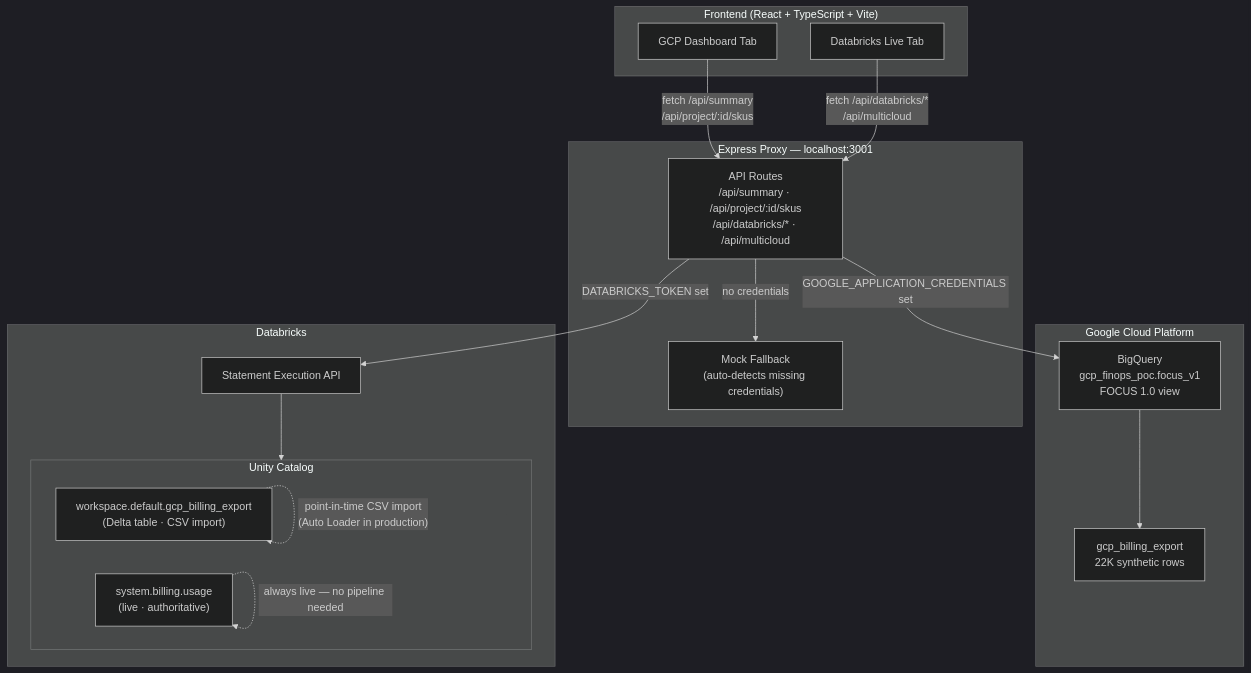
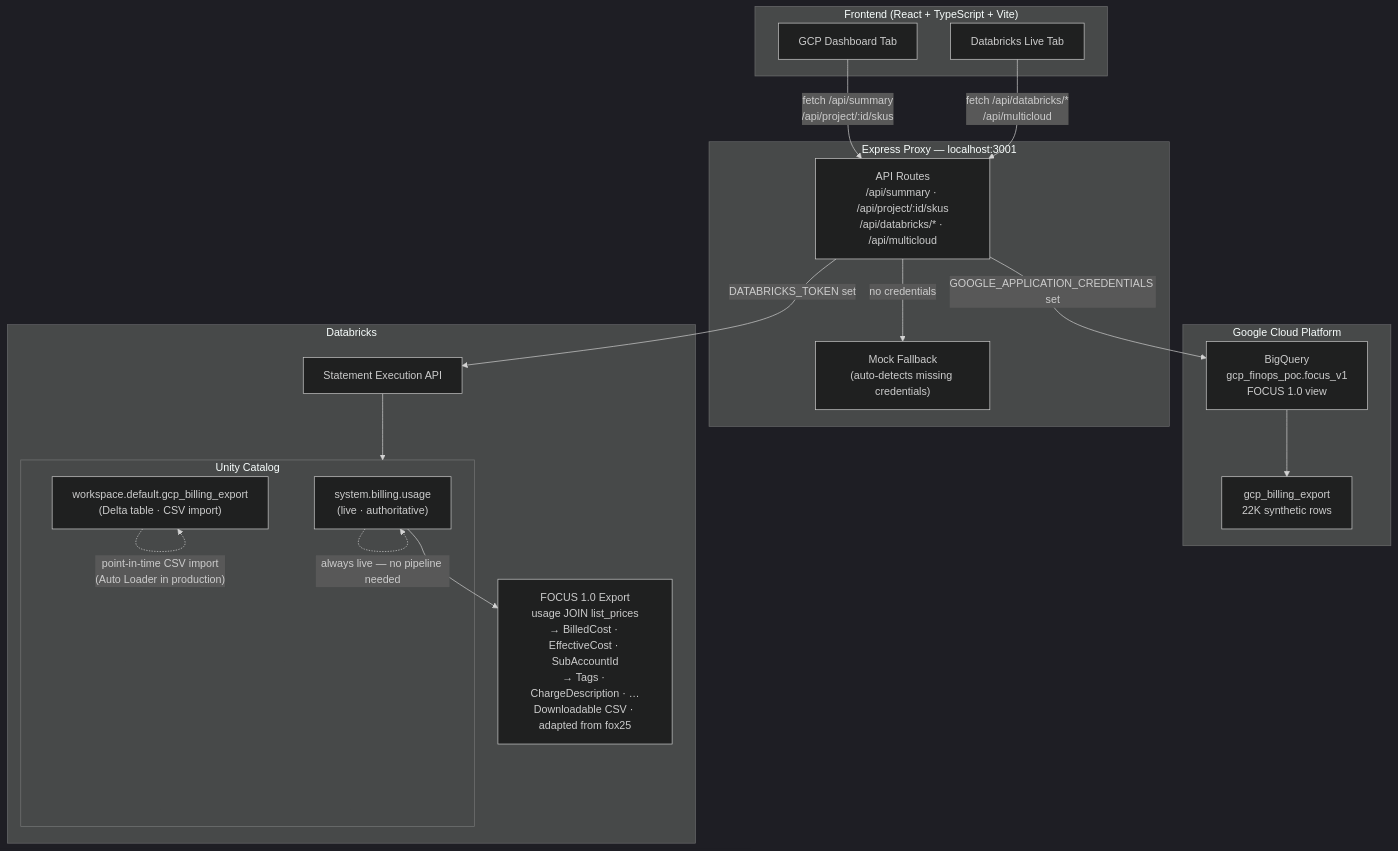
Before and after one commit to bmac902/kinaxis-interview: the first of 2 diagrams in README.md, drawn with Mermaid (dark theme).

Commit message:
Add Databricks FOCUS 1.0 export node to architecture diagram

````diff
--- a/README.md
+++ b/README.md
@@ -95,38 +95,40 @@
 ```mermaid
 flowchart TD
     subgraph FE["Frontend (React + TypeScript + Vite)"]
         GCPTab["GCP Dashboard Tab"]
         DBTab["Databricks Live Tab"]
     end
 
     subgraph Proxy["Express Proxy — localhost:3001"]
         Routes["API Routes\n/api/summary · /api/project/:id/skus\n/api/databricks/* · /api/multicloud"]
         Fallback["Mock Fallback\n(auto-detects missing credentials)"]
     end
 
     subgraph GCP["Google Cloud Platform"]
         BQ["BigQuery\ngcp_finops_poc.focus_v1\nFOCUS 1.0 view"]
         RawTable["gcp_billing_export\n22K synthetic rows"]
     end
 
     subgraph DB["Databricks"]
         SEA["Statement Execution API"]
         subgraph UC["Unity Catalog"]
             SysUsage["system.billing.usage\n(live · authoritative)"]
             GCPDelta["workspace.default.gcp_billing_export\n(Delta table · CSV import)"]
         end
+        FOCUSExport["FOCUS 1.0 Export\nusage JOIN list_prices\n→ BilledCost · EffectiveCost · SubAccountId\n→ Tags · ChargeDescription · …\nDownloadable CSV · adapted from fox25"]
     end
 
     GCPTab -- "fetch /api/summary\n/api/project/:id/skus" --> Routes
     DBTab  -- "fetch /api/databricks/*\n/api/multicloud" --> Routes
 
     Routes -- "GOOGLE_APPLICATION_CREDENTIALS set" --> BQ
     Routes -- "no credentials"                       --> Fallback
     BQ --> RawTable
 
     Routes -- "DATABRICKS_TOKEN set" --> SEA
     SEA --> UC
+    SysUsage --> FOCUSExport
 
     GCPDelta -. "point-in-time CSV import\n(Auto Loader in production)" .-> GCPDelta
     SysUsage -. "always live — no pipeline needed" .-> SysUsage
 ```
````
